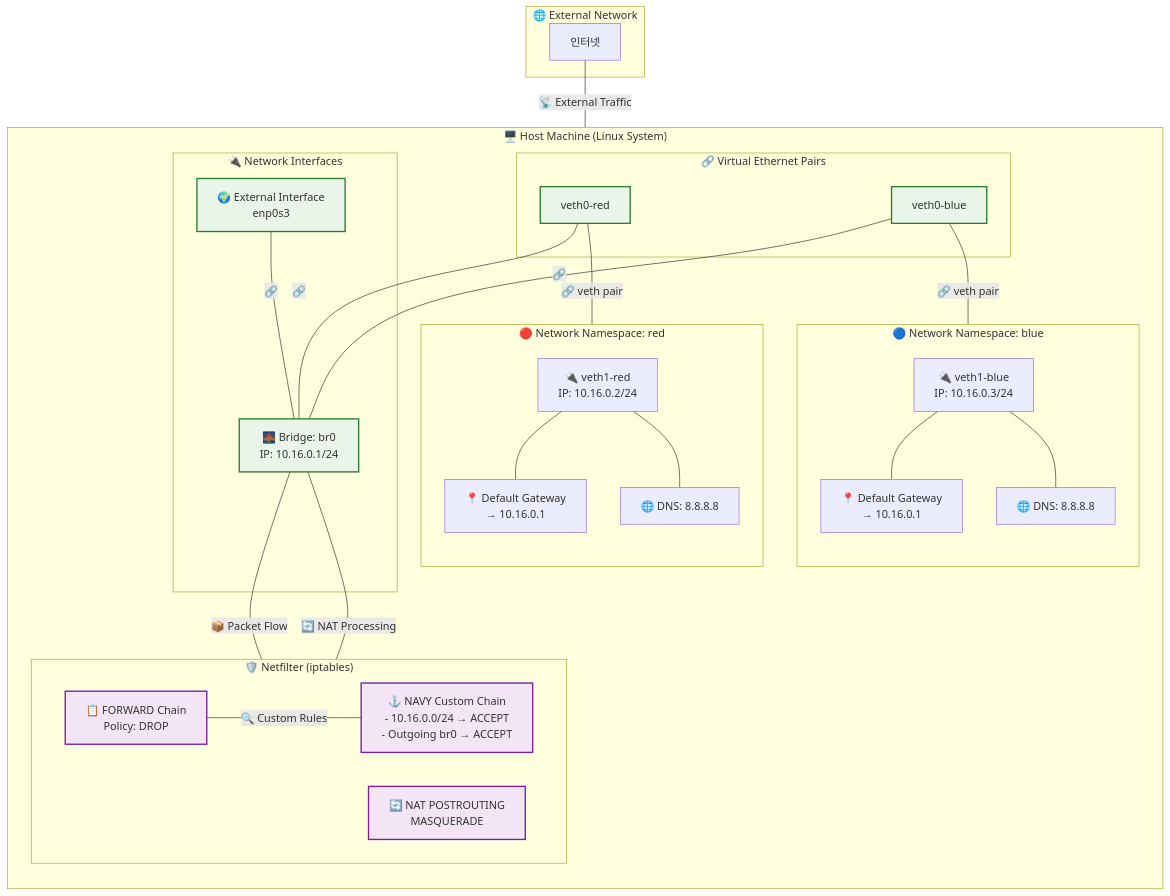
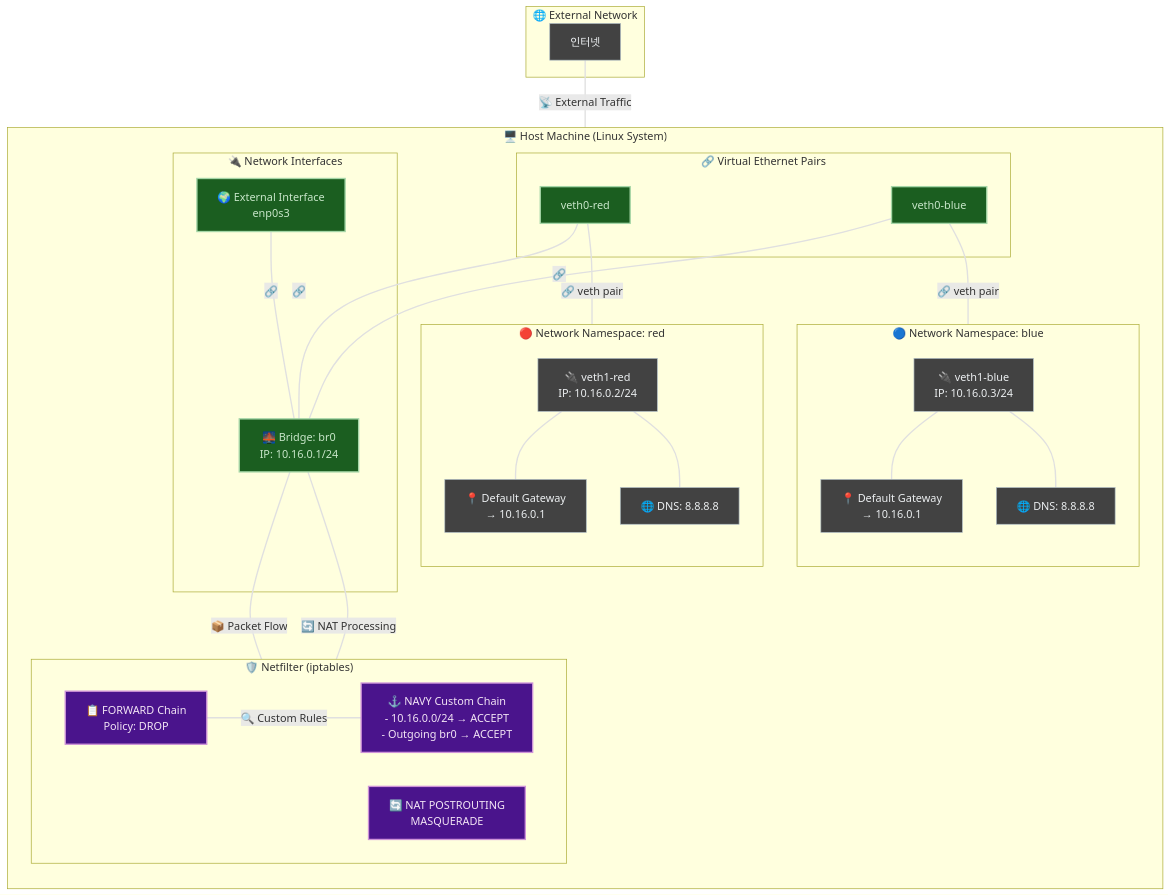
One commit to sigee-min/www.sigee.xyz changed the diagram in src/content/posts/04-netnsintro2/index.md. Above: the diagram before and after it, drawn with Mermaid. The commit also changed 5 other files, not shown here.

Commit message:
fix: mermaid render

````diff
--- a/src/content/posts/04-netnsintro2/index.md
+++ b/src/content/posts/04-netnsintro2/index.md
@@ -20,74 +20,77 @@
 ```mermaid
 graph TD
     subgraph "🌐 External Network"
         Internet[인터넷]
     end
     
     subgraph "🖥️ Host Machine (Linux System)"
         direction TB
         
         subgraph "🔌 Network Interfaces"
             enp0s3["🌍 External Interface<br/>enp0s3"]
             br0["🌉 Bridge: br0<br/>IP: 10.16.0.1/24"]
         end
         
         subgraph "🛡️ Netfilter (iptables)"
             direction LR
             FwdChain["📋 FORWARD Chain<br/>Policy: DROP"]
             NatChain["🔄 NAT POSTROUTING<br/>MASQUERADE"]
-            NavyChain["⚓ NAVY Custom Chain<br/>- 10.16.0.0/24 → ACCEPT<br/>- Outgoing br0 → ACCEPT"]
+            NavyChain["⚓ NAVY Custom Chain<br/>- 10.16.0.0/24 &rarr; ACCEPT<br/>- Outgoing br0 &rarr; ACCEPT"]
         end
         
         subgraph "🔗 Virtual Ethernet Pairs"
             veth0_red["veth0-red"]
             veth0_blue["veth0-blue"]
         end
         
         subgraph "🔴 Network Namespace: red"
             direction TB
             veth1_red["🔌 veth1-red<br/>IP: 10.16.0.2/24"]
-            red_route["📍 Default Gateway<br/>→ 10.16.0.1"]
+            red_route["📍 Default Gateway<br/>&rarr; 10.16.0.1"]
             red_dns["🌐 DNS: 8.8.8.8"]
         end
         
         subgraph "🔵 Network Namespace: blue"
             direction TB
             veth1_blue["🔌 veth1-blue<br/>IP: 10.16.0.3/24"]
-            blue_route["📍 Default Gateway<br/>→ 10.16.0.1"]
+            blue_route["📍 Default Gateway<br/>&rarr; 10.16.0.1"]
             blue_dns["🌐 DNS: 8.8.8.8"]
         end
     end
     
     %% External connections
     Internet ---|"📡 External Traffic"| enp0s3
     
     %% Bridge connections
     enp0s3 ---|"🔗"| br0
     veth0_red ---|"🔗"| br0
     veth0_blue ---|"🔗"| br0
     
     %% Netfilter flow
     br0 ---|"📦 Packet Flow"| FwdChain
     FwdChain ---|"🔍 Custom Rules"| NavyChain
     br0 ---|"🔄 NAT Processing"| NatChain
     
     %% Virtual ethernet pairs
     veth0_red ---|"🔗 veth pair"| veth1_red
     veth0_blue ---|"🔗 veth pair"| veth1_blue
     
     %% Namespace internal connections
     veth1_red --- red_route
     veth1_red --- red_dns
     veth1_blue --- blue_route
     veth1_blue --- blue_dns
     
-    %% Styling
-    classDef hostBox fill:#e1f5fe,stroke:#01579b,stroke-width:2px
-    classDef namespaceRed fill:#ffebee,stroke:#c62828,stroke-width:2px
-    classDef namespaceBlue fill:#e3f2fd,stroke:#1565c0,stroke-width:2px
-    classDef netfilter fill:#f3e5f5,stroke:#7b1fa2,stroke-width:2px
-    classDef interface fill:#e8f5e8,stroke:#2e7d32,stroke-width:2px
+    %% Styling (Dark Mode Optimized)
+    classDef default fill:#424242,stroke:#B0BEC5,stroke-width:1px,color:#ECEFF1;
+    classDef hostBox fill:#546E7A,stroke:#90CAF9,stroke-width:2px,color:#E0F7FA;
+    classDef namespaceRed fill:#7F0000,stroke:#EF9A9A,stroke-width:2px,color:#FFCDD2;
+    classDef namespaceBlue fill:#1A237E,stroke:#90CAF9,stroke-width:2px,color:#BBDEFB;
+    classDef netfilter fill:#4A148C,stroke:#CE93D8,stroke-width:2px,color:#F3E5F5;
+    classDef interface fill:#1B5E20,stroke:#A5D6A7,stroke-width:2px,color:#C8E6C9;
     
     class FwdChain,NatChain,NavyChain netfilter
     class enp0s3,br0,veth0_red,veth0_blue interface
+    class Internet,veth1_red,red_route,red_dns,veth1_blue,blue_route,blue_dns default
+    linkStyle default stroke:#E0E0E0,stroke-width:2px;
 ```
````
